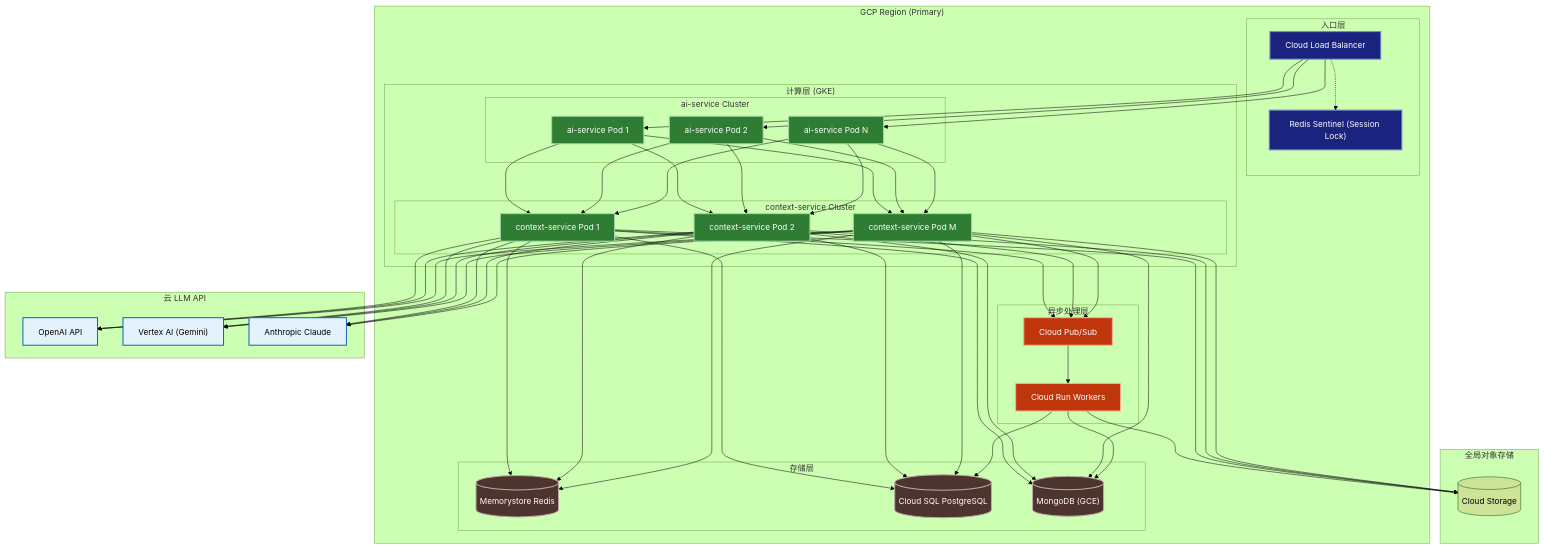
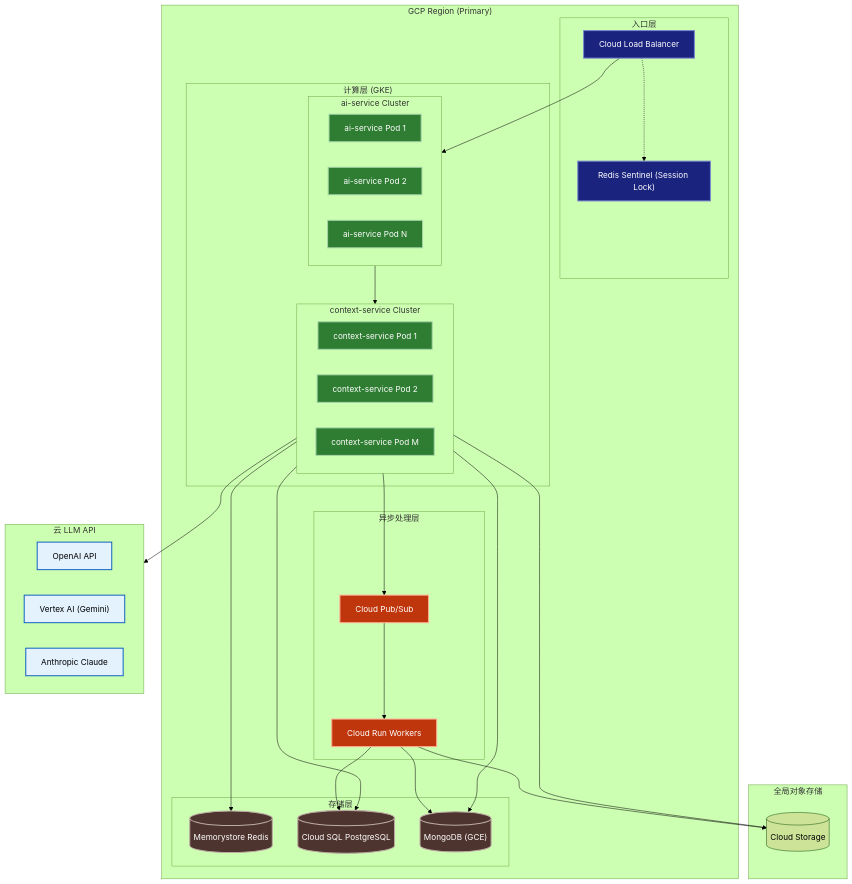
The fifth of 38 diagrams in discussions/ContextManagerV6.md (D15190304050/generic-agent), drawn with Mermaid (forest theme) before and after one commit. The commit also changed other lines of this file, not shown here.

Commit message:
Revise Context Service design document

````diff
--- a/discussions/ContextManagerV6.md
+++ b/discussions/ContextManagerV6.md
@@ -391,67 +388,67 @@
 ```mermaid
 graph TB
     classDef Ingress fill:#1a237e,stroke:#7986cb,stroke-width:2px,color:#ffffff;
     classDef Compute fill:#2e7d32,stroke:#a5d6a7,stroke-width:2px,color:#ffffff;
     classDef Storage fill:#4e342e,stroke:#bcaaa4,stroke-width:2px,color:#ffffff;
     classDef CloudAPI fill:#e3f2fd,stroke:#1565c0,stroke-width:2px;
     classDef Async fill:#bf360c,stroke:#ffab91,stroke-width:2px,color:#ffffff;
 
     subgraph GCP_Region ["GCP Region (Primary)"]
         subgraph Ingress_A ["入口层"]
             LB_A["Cloud Load Balancer"]
             Lock_A["Redis Sentinel (Session Lock)"]
         end
 
         subgraph Compute_A ["计算层 (GKE)"]
             subgraph AiService_A ["ai-service Cluster"]
                 AS_1["ai-service Pod 1"]
                 AS_2["ai-service Pod 2"]
                 AS_N["ai-service Pod N"]
             end
             
             subgraph ContextService_A ["context-service Cluster"]
                 CS_1["context-service Pod 1"]
                 CS_2["context-service Pod 2"]
                 CS_M["context-service Pod M"]
             end
         end
 
         subgraph Storage_A ["存储层"]
             Redis_A[("Memorystore Redis")]
             PG_A[("Cloud SQL PostgreSQL")]
         Mongo_A[("MongoDB (GCE)")]
         end
 
         subgraph Async_A ["异步处理层"]
             PubSub_A["Cloud Pub/Sub"]
             Workers_A["Cloud Run Workers"]
         end
     end
 
     subgraph CloudLLM ["云 LLM API"]
         OpenAI["OpenAI API"]
         Gemini["Vertex AI (Gemini)"]
         Claude["Anthropic Claude"]
     end
 
     subgraph ObjectStore ["全局对象存储"]
         GCS[("Cloud Storage")]
     end
 
-    %% 连接关系
-    LB_A --> AS_1 & AS_2 & AS_N
-    AS_1 & AS_2 & AS_N --> CS_1 & CS_2 & CS_M
-    CS_1 & CS_2 & CS_M --> OpenAI & Gemini & Claude
-    CS_1 & CS_2 & CS_M --> Redis_A & PG_A & Mongo_A
-    CS_1 & CS_2 & CS_M --> PubSub_A
+    %% 连接关系（对外连线只连接到集群级别，避免图过密）
+    LB_A --> AiService_A
+    AiService_A --> ContextService_A
+    ContextService_A --> CloudLLM
+    ContextService_A --> Redis_A & PG_A & Mongo_A
+    ContextService_A --> PubSub_A
     PubSub_A --> Workers_A
     Workers_A --> Mongo_A & PG_A & GCS
-    CS_1 & CS_2 & CS_M --> GCS
+    ContextService_A --> GCS
     LB_A -.-> Lock_A
 
     class LB_A,Lock_A Ingress;
     class AS_1,AS_2,AS_N,CS_1,CS_2,CS_M Compute;
     class Redis_A,PG_A,Mongo_A Storage;
     class OpenAI,Gemini,Claude CloudAPI;
     class PubSub_A,Workers_A Async;
 ```
````
